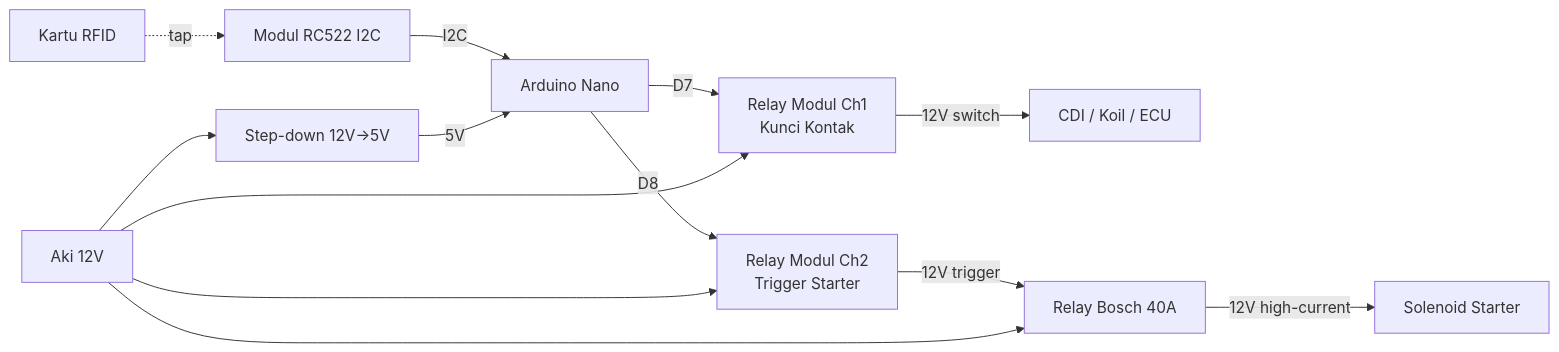
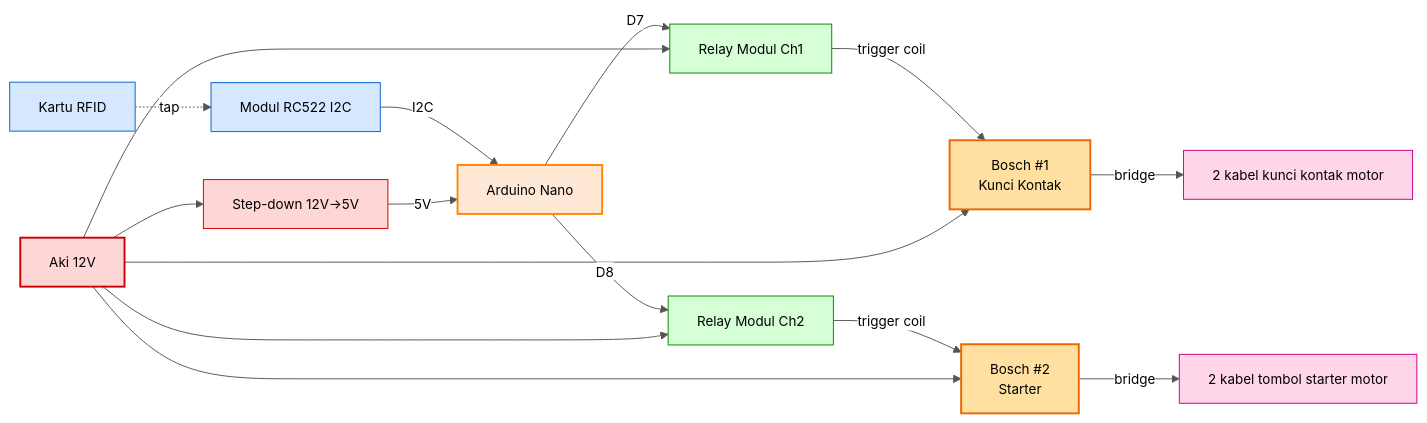
The diagram in motor_starter/WIRING.md (umarovk/SIKAMOT), drawn with Mermaid before and after one commit. The commit also changed other lines of this file and 2 other files, not shown here.

First line of the commit message:
docs(motor): wiring cascade 2 Bosch untuk bridge 4 kabel motor

````diff
--- a/motor_starter/WIRING.md
+++ b/motor_starter/WIRING.md
@@ -29,15 +29,30 @@
 ```mermaid
+%%{init: {'theme':'base', 'themeVariables': {'primaryColor':'#ffffff','primaryTextColor':'#000000','primaryBorderColor':'#333333','lineColor':'#555555','titleColor':'#000000','edgeLabelBackground':'#ffffff','fontSize':'14px'}}}%%
 flowchart LR
     A[Kartu RFID] -.tap.-> B[Modul RC522 I2C]
     B -- I2C --> C[Arduino Nano]
-    C -- D7 --> D[Relay Modul Ch1<br/>Kunci Kontak]
-    C -- D8 --> E[Relay Modul Ch2<br/>Trigger Starter]
-    D -- 12V switch --> F[CDI / Koil / ECU]
-    E -- 12V trigger --> G[Relay Bosch 40A]
-    G -- 12V high-current --> H[Solenoid Starter]
+    C -- D7 --> D[Relay Modul Ch1]
+    C -- D8 --> E[Relay Modul Ch2]
+    D -- trigger coil --> F[Bosch #1<br/>Kunci Kontak]
+    E -- trigger coil --> G[Bosch #2<br/>Starter]
+    F -- bridge --> H[2 kabel kunci kontak motor]
+    G -- bridge --> K[2 kabel tombol starter motor]
     I[Aki 12V] --> D
     I --> E
+    I --> F
     I --> G
     I --> J[Step-down 12V→5V]
     J -- 5V --> C
+
+    style A fill:#d6e8ff,color:#000,stroke:#06c
+    style B fill:#d6e8ff,color:#000,stroke:#06c
+    style C fill:#ffe8d6,color:#000,stroke:#f80,stroke-width:2px
+    style D fill:#d6ffd6,color:#000,stroke:#080
+    style E fill:#d6ffd6,color:#000,stroke:#080
+    style F fill:#ffe0a0,color:#000,stroke:#e60,stroke-width:2px
+    style G fill:#ffe0a0,color:#000,stroke:#e60,stroke-width:2px
+    style H fill:#ffd6e8,color:#000,stroke:#c08
+    style K fill:#ffd6e8,color:#000,stroke:#c08
+    style I fill:#ffd6d6,color:#000,stroke:#c00,stroke-width:2px
+    style J fill:#ffd6d6,color:#000,stroke:#c00
 ```
````
